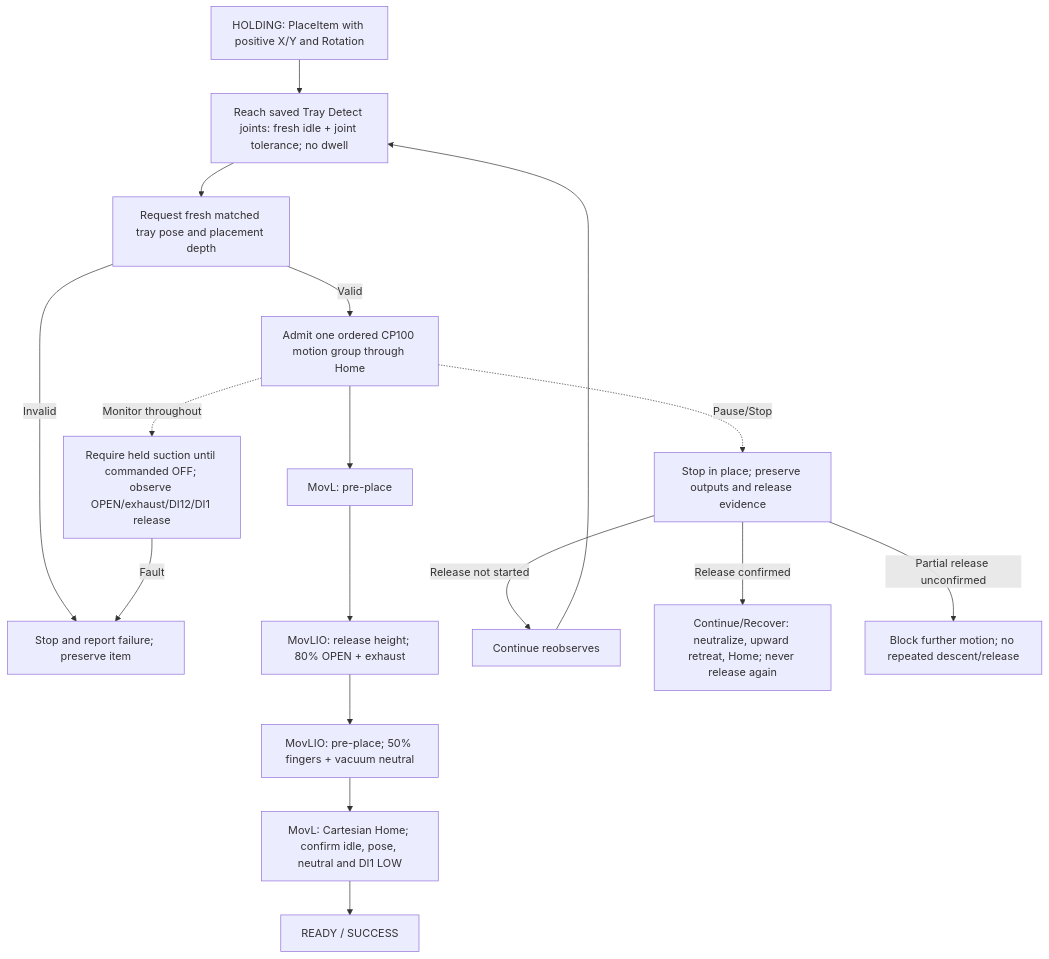
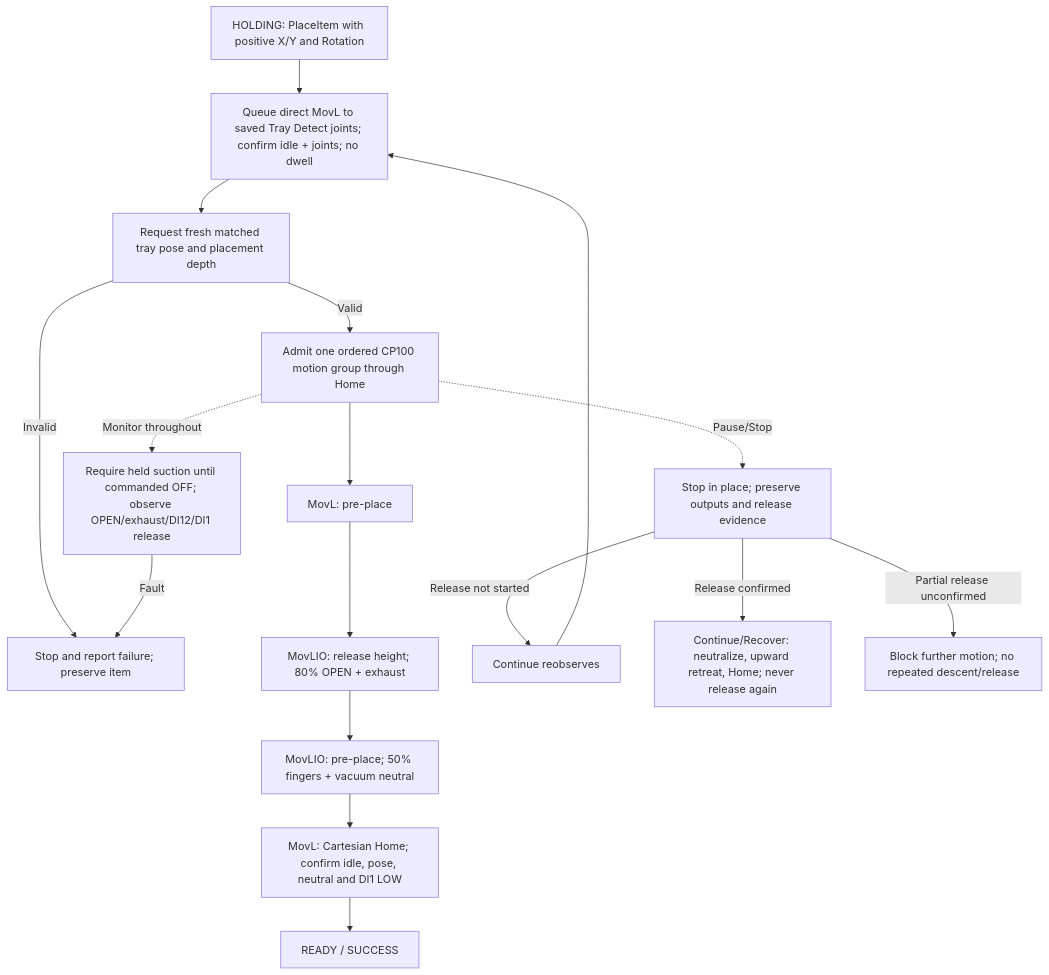
One commit to esgange/dobot_picknplace_yolo changed the fourth of 7 diagrams in docs/ROBOT_CONTROLLER_FSM.md. Above: the diagram before and after it, drawn with Mermaid. The commit also changed other lines of this file and 9 other files, not shown here.

Commit message:
Queue direct travel to Tray Detect Position

````diff
--- a/docs/ROBOT_CONTROLLER_FSM.md
+++ b/docs/ROBOT_CONTROLLER_FSM.md
@@ -204,19 +204,19 @@
 ```mermaid
 flowchart TD
-    Request["HOLDING: PlaceItem with positive X/Y and Rotation"] --> Observe["Reach saved Tray Detect joints: fresh idle + joint tolerance; no dwell"]
+    Request["HOLDING: PlaceItem with positive X/Y and Rotation"] --> Observe["Queue direct MovL to saved Tray Detect joints; confirm idle + joints; no dwell"]
     Observe --> Depth["Request fresh matched tray pose and placement depth"]
     Depth -->|Invalid| Stop["Stop and report failure; preserve item"]
     Depth -->|Valid| Queue["Admit one ordered CP100 motion group through Home"]
     Queue --> Pre["MovL: pre-place"]
     Pre --> Release["MovLIO: release height; 80% OPEN + exhaust"]
     Release --> Retract["MovLIO: pre-place; 50% fingers + vacuum neutral"]
     Retract --> Home["MovL: Cartesian Home; confirm idle, pose, neutral and DI1 LOW"]
     Home --> Ready["READY / SUCCESS"]
     Queue -. "Monitor throughout" .-> Feedback["Require held suction until commanded OFF; observe OPEN/exhaust/DI12/DI1 release"]
     Feedback -->|Fault| Stop
     Queue -. "Pause/Stop" .-> Stopped["Stop in place; preserve outputs and release evidence"]
     Stopped -->|Release not started| Retry["Continue reobserves"]
     Retry --> Observe
     Stopped -->|Release confirmed| Recover["Continue/Recover: neutralize, upward retreat, Home; never release again"]
     Stopped -->|Partial release unconfirmed| Block["Block further motion; no repeated descent/release"]
 ```
````
